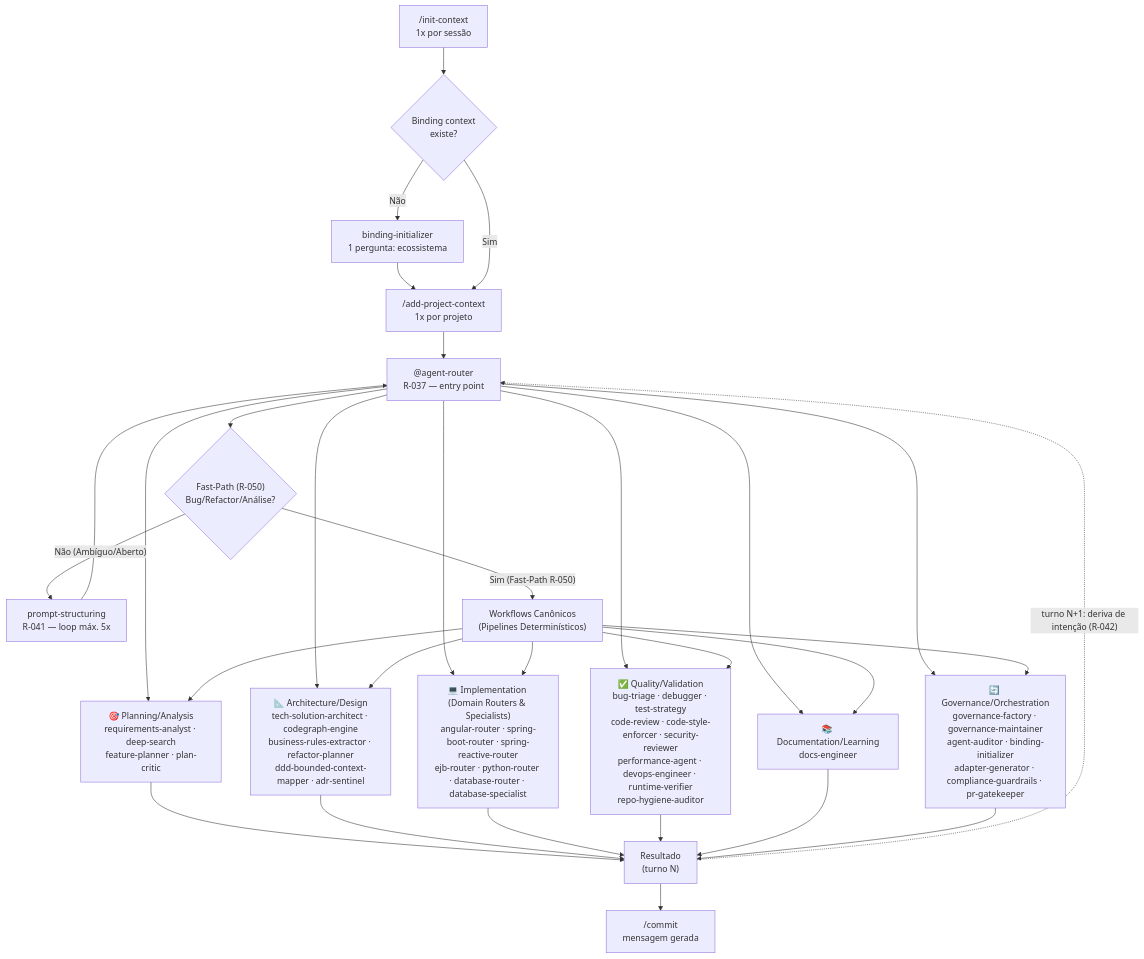
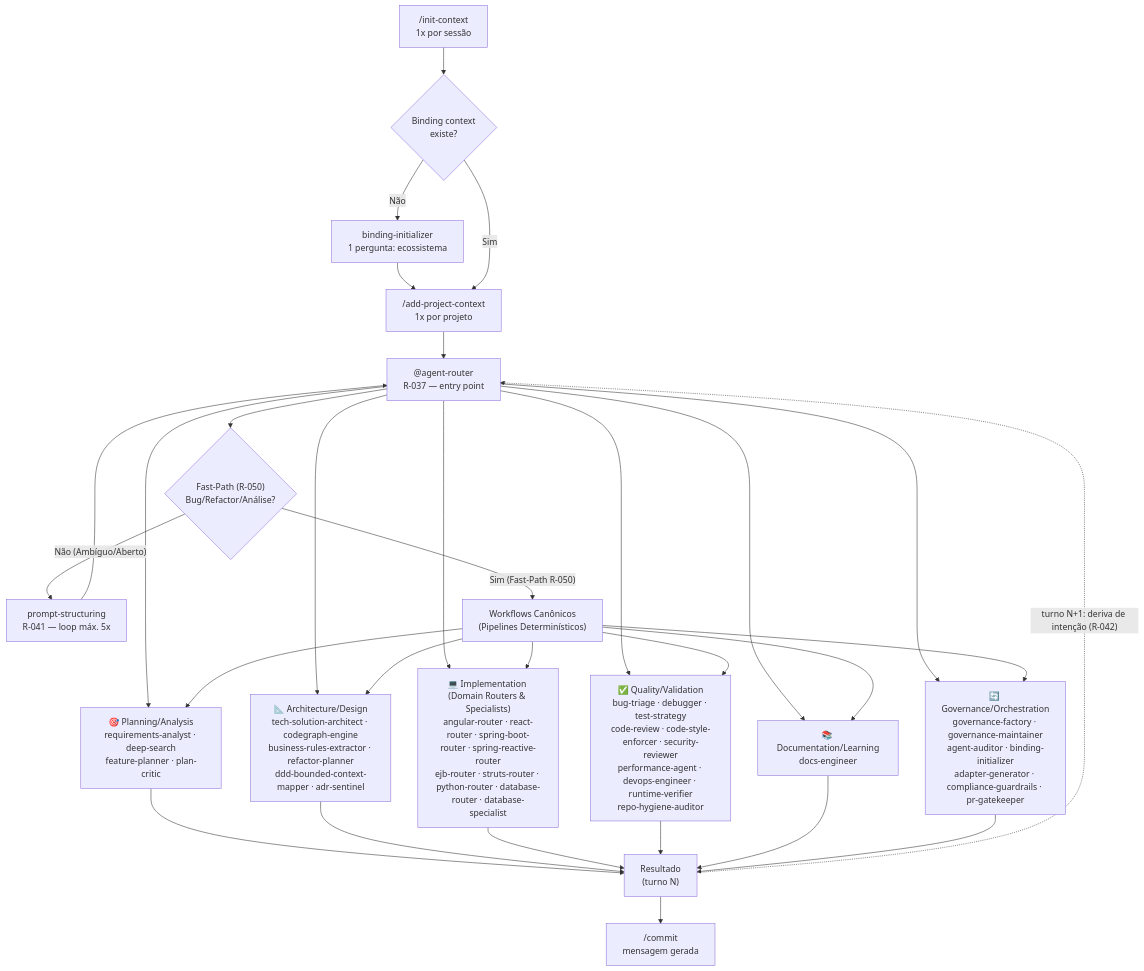
Before and after one commit to jezreel8858/deep-agents-copilot: the first of 2 diagrams in README.md, drawn with Mermaid. The commit also changed other lines of this file and 176 other files, not shown here.

````diff
--- a/README.md
+++ b/README.md
@@ -190,23 +190,23 @@
 ```mermaid
 flowchart TD
     A["/init-context\n1x por sessão"] --> B{Binding context\nexiste?}
     B -- Não --> C["binding-initializer\n1 pergunta: ecossistema"]
     C --> D["/add-project-context\n1x por projeto"]
     B -- Sim --> D
     D --> E["@agent-router\nR-037 — entry point"]
     E --> FP{"Fast-Path (R-050)\nBug/Refactor/Análise?"}
     FP -- "Não (Ambíguo/Aberto)" --> P["prompt-structuring\nR-041 — loop máx. 5x"]
     P --> E
     FP -- "Sim (Fast-Path R-050)" --> WF["Workflows Canônicos\n(Pipelines Determinísticos)"]
 
     E & WF --> G1["🎯 Planning/Analysis\nrequirements-analyst · deep-search\nfeature-planner · plan-critic"]
     E & WF --> G2["📐 Architecture/Design\ntech-solution-architect · codegraph-engine\nbusiness-rules-extractor · refactor-planner\nddd-bounded-context-mapper · adr-sentinel"]
-    E & WF --> G3["💻 Implementation (Domain Routers & Specialists)\nangular-router · spring-boot-router · spring-reactive-router\nejb-router · python-router · database-router · database-specialist"]
+    E & WF --> G3["💻 Implementation (Domain Routers & Specialists)\nangular-router · react-router · spring-boot-router · spring-reactive-router\nejb-router · struts-router · python-router · database-router · database-specialist"]
     E & WF --> G4["✅ Quality/Validation\nbug-triage · debugger · test-strategy\ncode-review · code-style-enforcer · security-reviewer\nperformance-agent · devops-engineer · runtime-verifier\nrepo-hygiene-auditor"]
     E & WF --> G5["📚 Documentation/Learning\ndocs-engineer"]
     E & WF --> G6["🔄 Governance/Orchestration\ngovernance-factory · governance-maintainer\nagent-auditor · binding-initializer\nadapter-generator · compliance-guardrails · pr-gatekeeper"]
 
     G1 & G2 & G3 & G4 & G5 & G6 --> K["Resultado\n(turno N)"]
     K --> L["/commit\nmensagem gerada"]
     K -.->|"turno N+1: deriva de intenção (R-042)"| E
 ```
````
